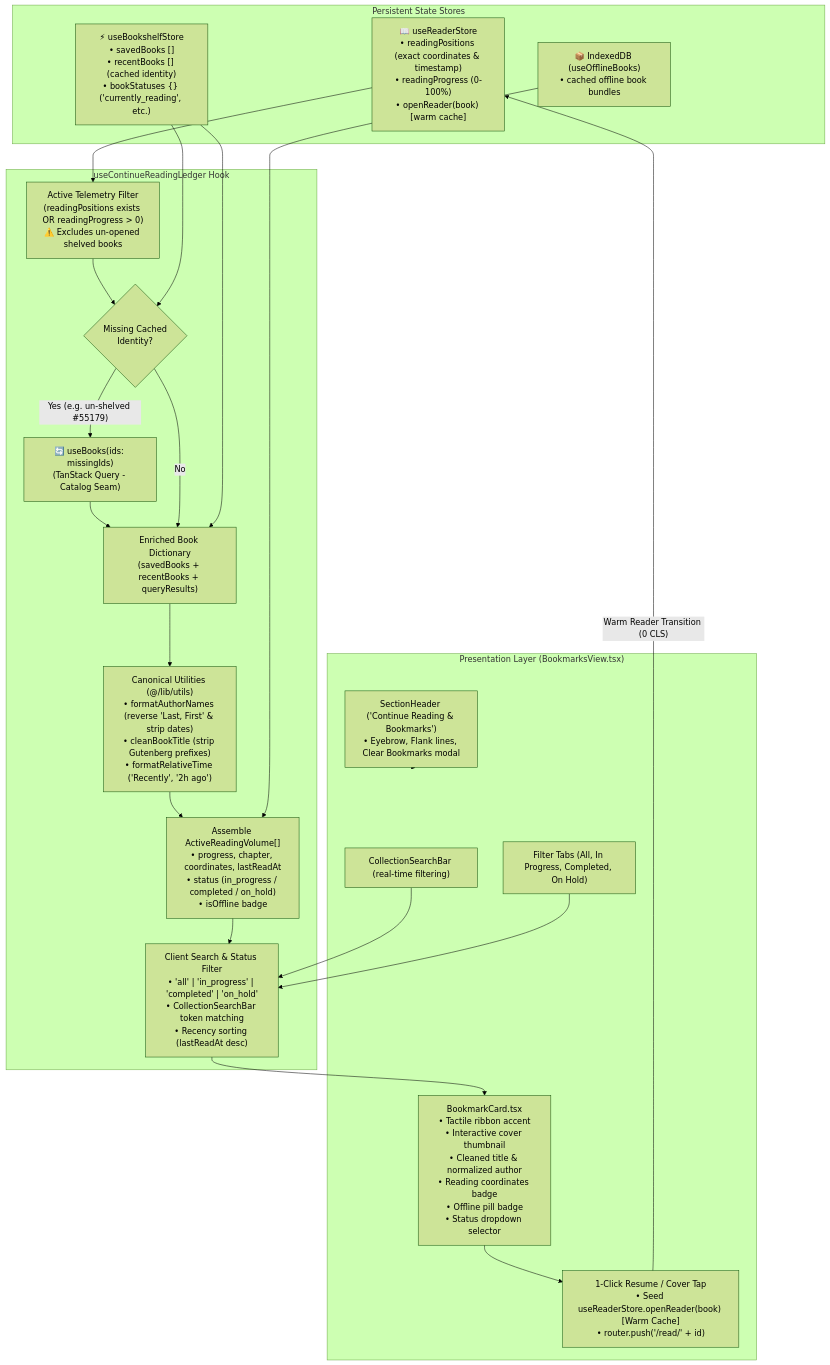
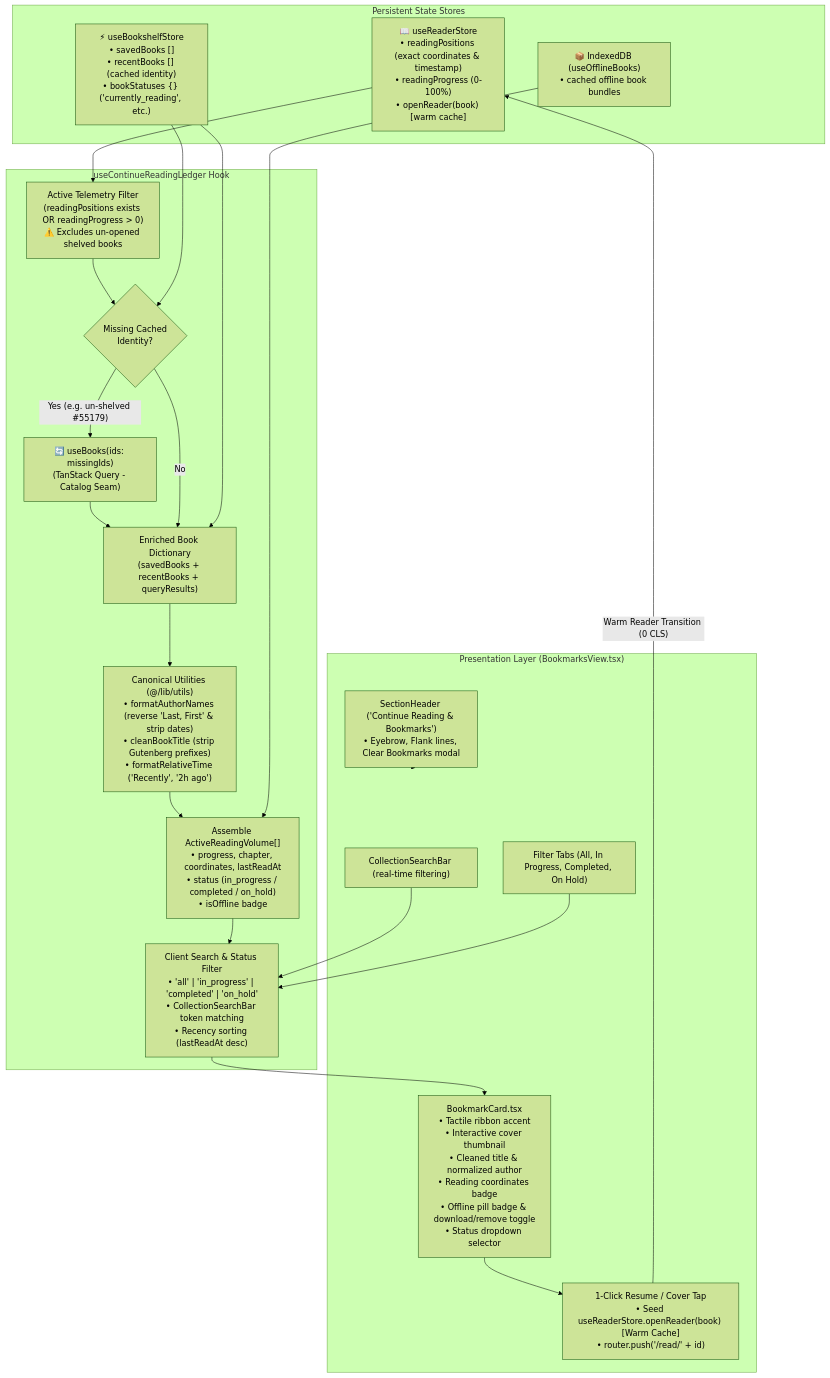
One commit to calin-m/Bookarium changed the third of 3 diagrams in README.md. Above: the diagram before and after it, drawn with Mermaid (forest theme). The commit also changed other lines of this file and 31 other files, not shown here.

````diff
--- a/README.md
+++ b/README.md
@@ -419,44 +419,44 @@
 ```mermaid
 flowchart TD
     subgraph Storage ["Persistent State Stores"]
         RS["📖 useReaderStore\n• readingPositions (exact coordinates & timestamp)\n• readingProgress (0-100%)\n• openReader(book) [warm cache]"]
         BS["⚡ useBookshelfStore\n• savedBooks []\n• recentBooks [] (cached identity)\n• bookStatuses {} ('currently_reading', etc.)"]
         IDB["📦 IndexedDB (useOfflineBooks)\n• cached offline book bundles"]
     end
 
     subgraph LedgerHook ["useContinueReadingLedger Hook"]
         FilterActive["Active Telemetry Filter\n(readingPositions exists OR readingProgress > 0)\n⚠️ Excludes un-opened shelved books"]
         MissingCheck{"Missing Cached\nIdentity?"}
         QueryMissing["🔄 useBooks(ids: missingIds)\n(TanStack Query - Catalog Seam)"]
         EnrichDict["Enriched Book Dictionary\n(savedBooks + recentBooks + queryResults)"]
         Parser["Canonical Utilities (@/lib/utils)\n• formatAuthorNames (reverse 'Last, First' & strip dates)\n• cleanBookTitle (strip Gutenberg prefixes)\n• formatRelativeTime ('Recently', '2h ago')"]
         Assembly["Assemble ActiveReadingVolume[]\n• progress, chapter, coordinates, lastReadAt\n• status (in_progress / completed / on_hold)\n• isOffline badge"]
         FilterSort["Client Search & Status Filter\n• 'all' | 'in_progress' | 'completed' | 'on_hold'\n• CollectionSearchBar token matching\n• Recency sorting (lastReadAt desc)"]
     end
 
     subgraph UI ["Presentation Layer (BookmarksView.tsx)"]
         Header["SectionHeader ('Continue Reading & Bookmarks')\n• Eyebrow, Flank lines, Clear Bookmarks modal"]
         Search["CollectionSearchBar (real-time filtering)"]
         Tabs["Filter Tabs (All, In Progress, Completed, On Hold)"]
-        Cards["BookmarkCard.tsx\n• Tactile ribbon accent\n• Interactive cover thumbnail\n• Cleaned title & normalized author\n• Reading coordinates badge\n• Offline pill badge\n• Status dropdown selector"]
+        Cards["BookmarkCard.tsx\n• Tactile ribbon accent\n• Interactive cover thumbnail\n• Cleaned title & normalized author\n• Reading coordinates badge\n• Offline pill badge & download/remove toggle\n• Status dropdown selector"]
         ResumeAction["1-Click Resume / Cover Tap\n• Seed useReaderStore.openReader(book) [Warm Cache]\n• router.push('/read/' + id)"]
     end
 
     RS --> FilterActive
     FilterActive --> MissingCheck
     BS --> MissingCheck
     MissingCheck -->|"Yes (e.g. un-shelved #55179)"| QueryMissing
     QueryMissing --> EnrichDict
     MissingCheck -->|"No"| EnrichDict
     BS --> EnrichDict
     EnrichDict --> Parser
     Parser --> Assembly
     IDB --> Assembly
     Assembly --> FilterSort
     FilterSort --> Cards
     Header --> UI
     Search --> FilterSort
     Tabs --> FilterSort
     Cards --> ResumeAction
     ResumeAction -->|"Warm Reader Transition (0 CLS)"| RS
 ```
````
